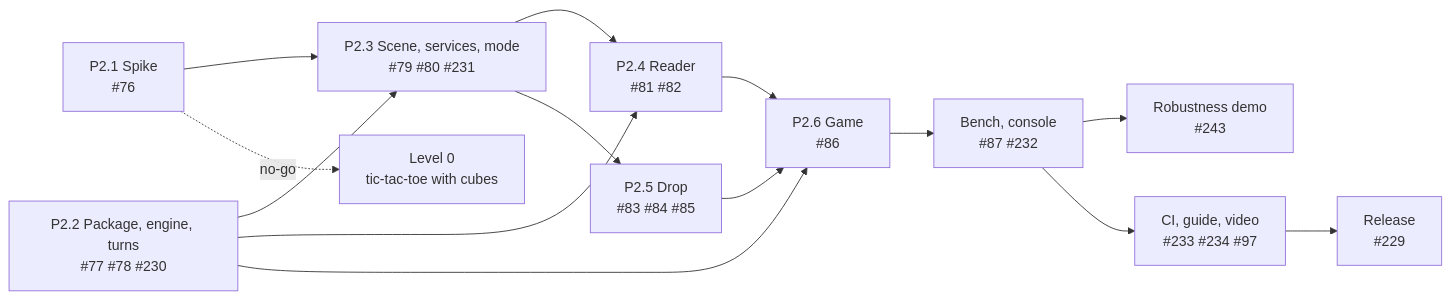
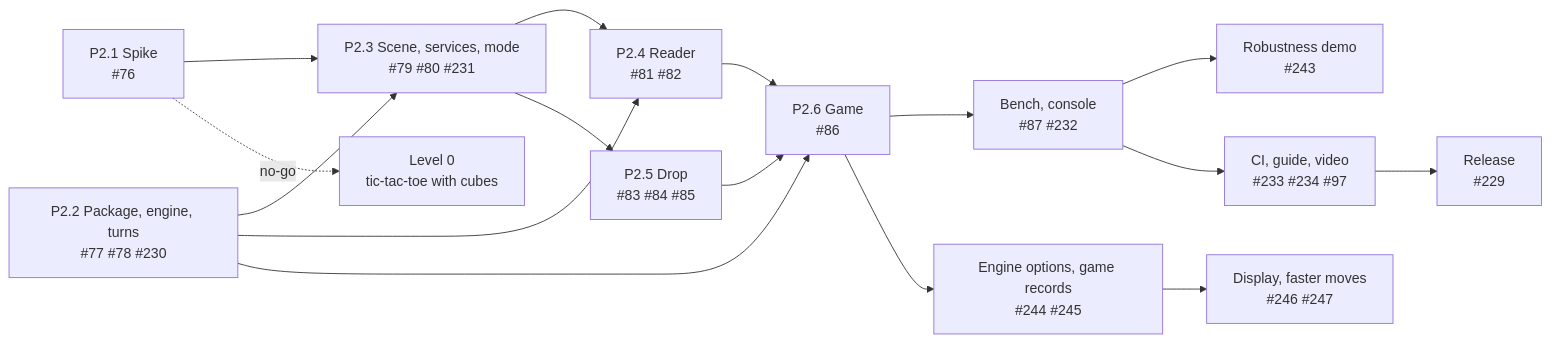
The diagram in docs/project/phase2/P2-04_roadmap.md (FoxaxeWasTaken/Robotics), drawn with Mermaid before and after one commit. The commit also changed other lines of this file and 1 other file, not shown here.

First line of the commit message:
docs(phase2): the review's tickets in the roadmap, what is cut (#249)

````diff
--- a/docs/project/phase2/P2-04_roadmap.md
+++ b/docs/project/phase2/P2-04_roadmap.md
@@ -26,16 +26,18 @@
 ```mermaid
 flowchart LR
   S1["P2.1 Spike<br/>#76"] --> S3["P2.3 Scene, services, mode<br/>#79 #80 #231"]
   S2["P2.2 Package, engine, turns<br/>#77 #78 #230"] --> S3
   S3 --> S4["P2.4 Reader<br/>#81 #82"]
   S2 --> S4
   S3 --> S5["P2.5 Drop<br/>#83 #84 #85"]
   S2 --> S6["P2.6 Game<br/>#86"]
   S4 --> S6
   S5 --> S6
   S6 --> B["Bench, console<br/>#87 #232"]
   B --> D["Robustness demo<br/>#243"]
+  S6 --> E["Engine options, game records<br/>#244 #245"]
+  E --> P["Display, faster moves<br/>#246 #247"]
   B --> C["CI, guide, video<br/>#233 #234 #97"]
   C --> R["Release<br/>#229"]
   S1 -. "no-go" .-> F["Level 0<br/>tic-tac-toe with cubes"]
 ```
````
